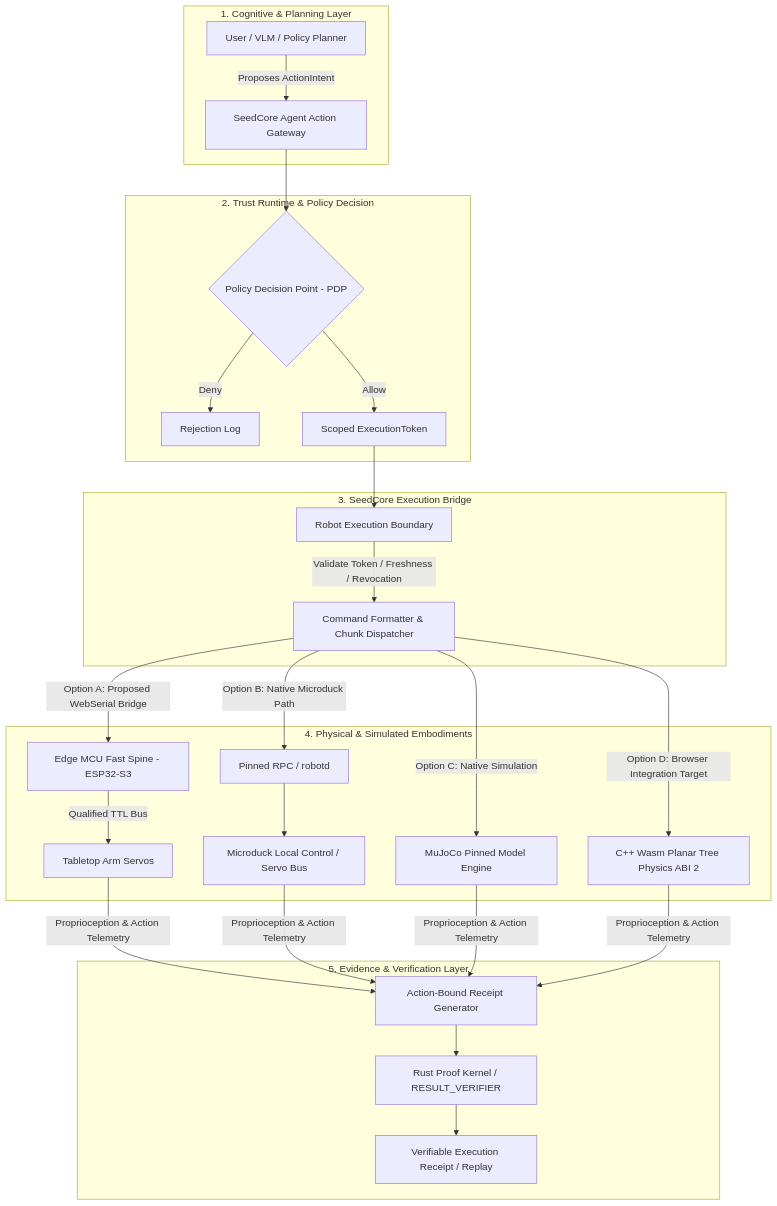
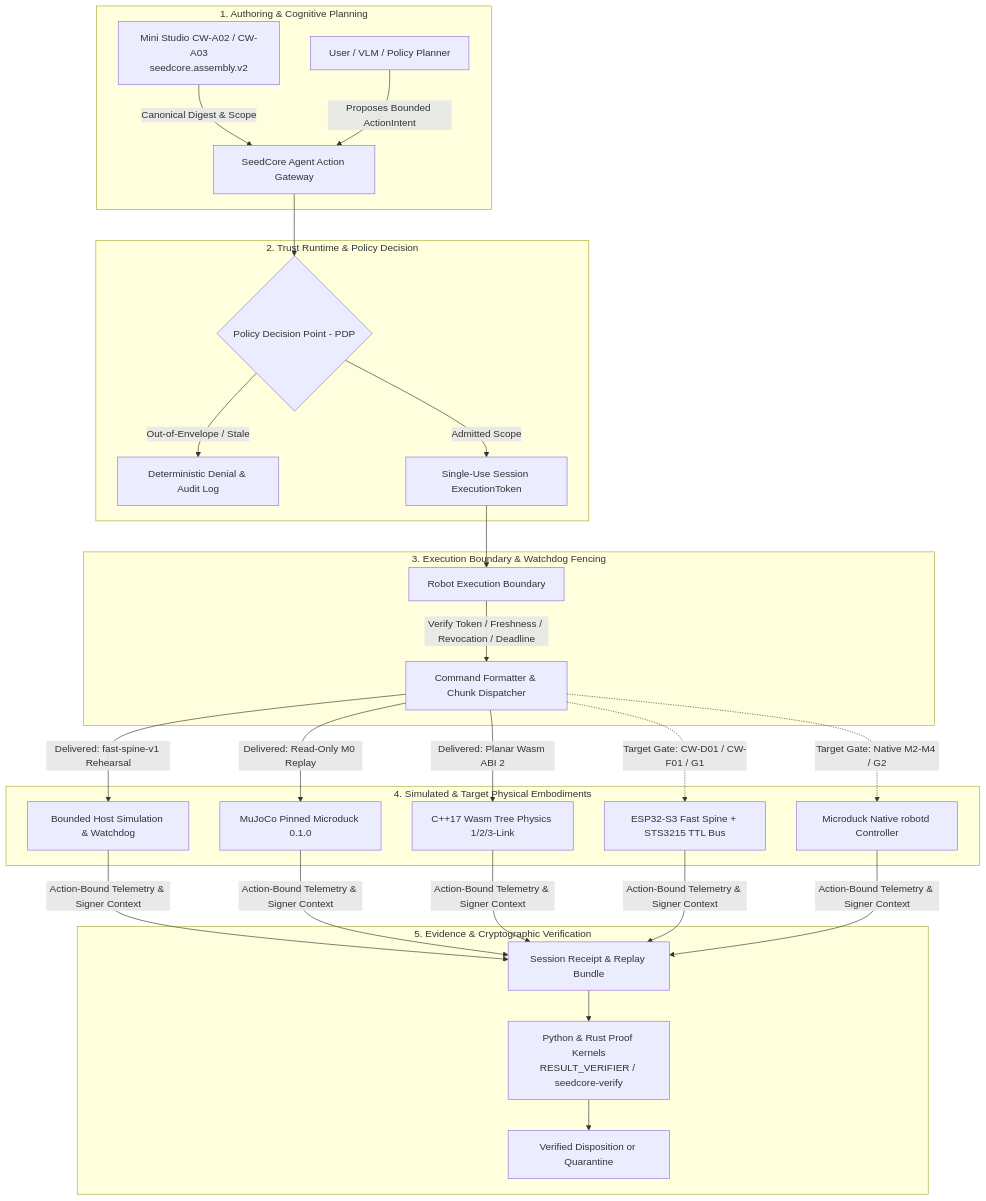
One commit to NeilLi/seedcore changed the first of 2 diagrams in README.md. Above: the diagram before and after it, drawn with Mermaid. The commit also changed other lines of this file, not shown here.

````diff
--- a/README.md
+++ b/README.md
@@ -79,32 +73,32 @@
 ```mermaid
 flowchart TD
-    subgraph Cognitive ["1. Cognitive & Planning Layer"]
-        A[User / VLM / Policy Planner] -->|Proposes ActionIntent| B[SeedCore Agent Action Gateway]
+    subgraph AuthoringAndPlanning ["1. Authoring & Cognitive Planning"]
+        A0[Mini Studio CW-A02 / CW-A03<br/>seedcore.assembly.v2] -->|Canonical Digest & Scope| B
+        A1[User / VLM / Policy Planner] -->|Proposes Bounded ActionIntent| B[SeedCore Agent Action Gateway]
     end
 
-    subgraph Trust ["2. Trust Runtime & Policy Decision"]
+    subgraph TrustRuntime ["2. Trust Runtime & Policy Decision"]
         B --> C{Policy Decision Point - PDP}
-        C -->|Deny| D[Rejection Log]
-        C -->|Allow| E[Scoped ExecutionToken]
+        C -->|Out-of-Envelope / Stale| D[Deterministic Denial & Audit Log]
+        C -->|Admitted Scope| E[Single-Use Session ExecutionToken]
     end
 
-    subgraph ExecutionBridge ["3. SeedCore Execution Bridge"]
+    subgraph ExecutionBoundary ["3. Execution Boundary & Watchdog Fencing"]
         E --> F[Robot Execution Boundary]
-        F -->|Validate Token / Freshness / Revocation| G[Command Formatter & Chunk Dispatcher]
+        F -->|Verify Token / Freshness / Revocation / Deadline| G[Command Formatter & Chunk Dispatcher]
     end
 
-    subgraph SimulationOrHardware ["4. Physical & Simulated Embodiments"]
-        G -->|Option A: Proposed WebSerial Bridge| H[Edge MCU Fast Spine - ESP32-S3]
-        H -->|Qualified TTL Bus| I[Tabletop Arm Servos]
-        G -->|Option B: Native Microduck Path| P[Pinned RPC / robotd]
-        P --> Q[Microduck Local Control / Servo Bus]
-        G -->|Option C: Native Simulation| J[MuJoCo Pinned Model Engine]
-        G -->|Option D: Browser Integration Target| K[C++ Wasm Planar Tree Physics ABI 2]
+    subgraph Embodiments ["4. Simulated & Target Physical Embodiments"]
+        G -->|Delivered: fast-spine-v1 Rehearsal| H[Bounded Host Simulation & Watchdog]
+        G -->|Delivered: Read-Only M0 Replay| J[MuJoCo Pinned Microduck 0.1.0]
+        G -->|Delivered: Planar Wasm ABI 2| K[C++17 Wasm Tree Physics 1/2/3-Link]
+        G -.->|Target Gate: CW-D01 / CW-F01 / G1| M0[ESP32-S3 Fast Spine + STS3215 TTL Bus]
+        G -.->|Target Gate: Native M2-M4 / G2| P[Microduck Native robotd Controller]
     end
 
-    subgraph EvidencePipeline ["5. Evidence & Verification Layer"]
-        I & Q & J & K -->|Proprioception & Action Telemetry| L[Action-Bound Receipt Generator]
-        L --> M[Rust Proof Kernel / RESULT_VERIFIER]
-        M --> N[Verifiable Execution Receipt / Replay]
+    subgraph Verification ["5. Evidence & Cryptographic Verification"]
+        H & J & K & M0 & P -->|Action-Bound Telemetry & Signer Context| L[Session Receipt & Replay Bundle]
+        L --> M[Python & Rust Proof Kernels<br/>RESULT_VERIFIER / seedcore-verify]
+        M --> N[Verified Disposition or Quarantine]
     end
 ```
````
